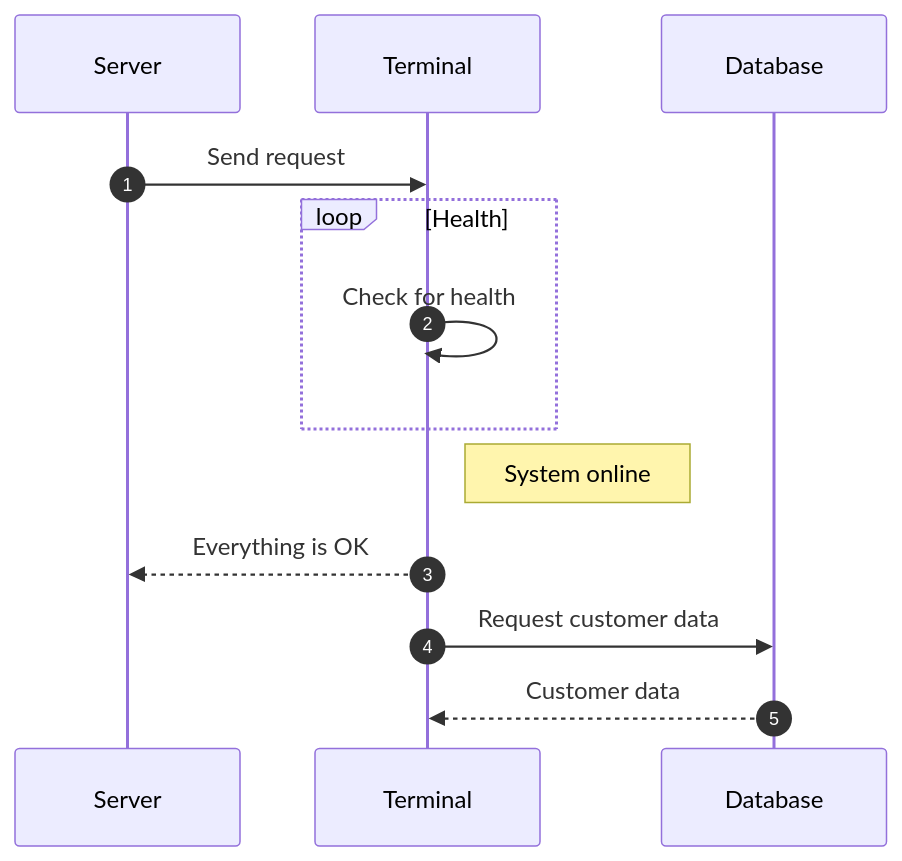
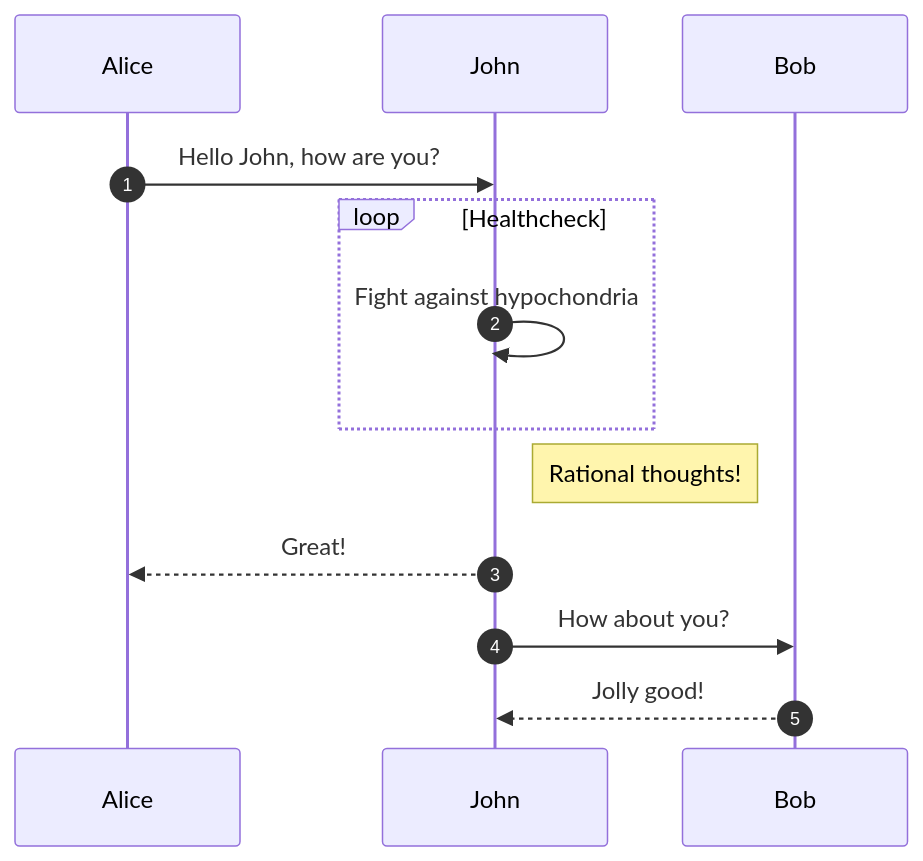
One commit to Andrei77-7/mkdocsmat changed the second of 5 diagrams in docs/diagram-examples.md. Above: the diagram before and after it, drawn with Mermaid. The commit also changed other lines of this file and 7 other files, not shown here.

````diff
--- a/docs/diagram-examples.md
+++ b/docs/diagram-examples.md
@@ -16,12 +15,12 @@
-```mermaid
+``` mermaid
 sequenceDiagram
   autonumber
-  Server->>Terminal: Send request
-  loop Health
-      Terminal->>Terminal: Check for health
+  Alice->>John: Hello John, how are you?
+  loop Healthcheck
+      John->>John: Fight against hypochondria
   end
-  Note right of Terminal: System online
-  Terminal-->>Server: Everything is OK
-  Terminal->>Database: Request customer data
-  Database-->>Terminal: Customer data
+  Note right of John: Rational thoughts!
+  John-->>Alice: Great!
+  John->>Bob: How about you?
+  Bob-->>John: Jolly good!
 ```
````
